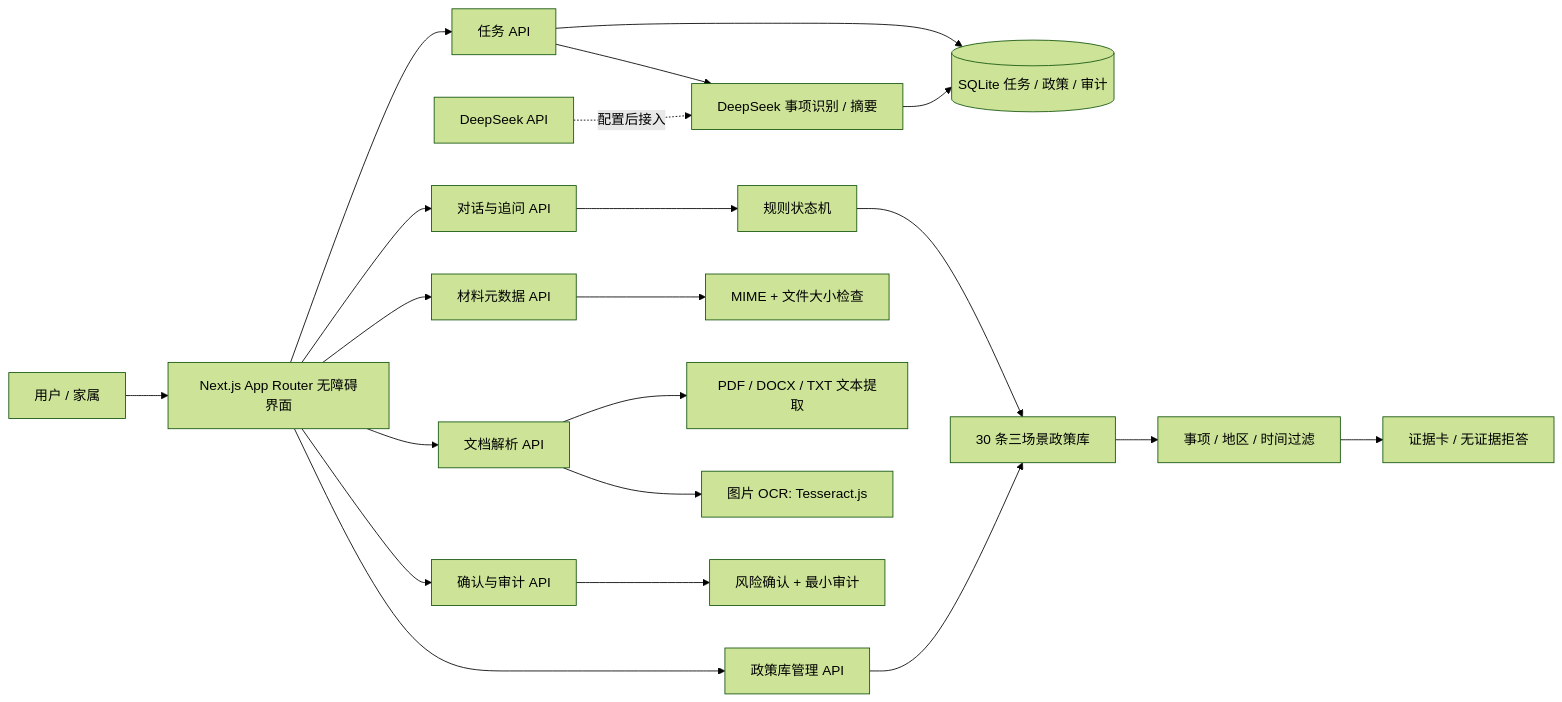
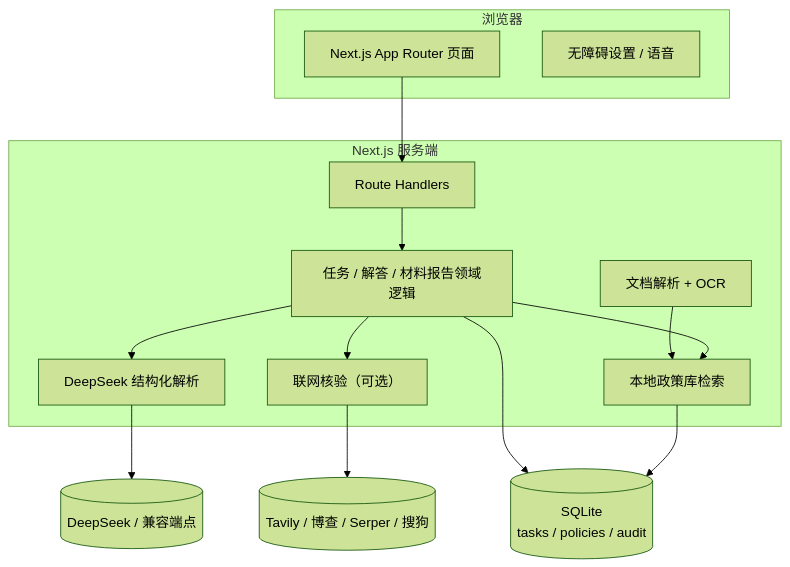
Before and after one commit to Git-985/Smart-AI: the diagram in README.md, drawn with Mermaid (forest theme). The commit also changed other lines of this file and 61 other files, not shown here.

````diff
--- a/README.md
+++ b/README.md
@@ -41,26 +148,28 @@
 ```mermaid
-flowchart LR
-  U[用户 / 家属] --> UI[Next.js App Router 无障碍界面]
-  UI --> T[任务 API]
-  UI --> C[对话与追问 API]
-  UI --> D[材料元数据 API]
-  UI --> P[文档解析 API]
-  UI --> A[确认与审计 API]
-  UI --> K[政策库管理 API]
+flowchart TB
+  subgraph 浏览器
+    UI[Next.js App Router 页面]
+    A11Y[无障碍设置 / 语音]
+  end
 
-  T --> AI[DeepSeek 事项识别 / 摘要]
-  T --> S[(SQLite 任务 / 政策 / 审计)]
-  AI --> S
-  C --> W[规则状态机]
-  W --> R[30 条三场景政策库]
-  R --> F[事项 / 地区 / 时间过滤]
-  F --> E[证据卡 / 无证据拒答]
+  subgraph Next.js 服务端
+    API[Route Handlers]
+    DOMAIN[任务 / 解答 / 材料报告领域逻辑]
+    AI[DeepSeek 结构化解析]
+    RAG[本地政策库检索]
+    WEB[联网核验（可选）]
+    DOC[文档解析 + OCR]
+  end
 
-  D --> M[MIME + 文件大小检查]
-  P --> X[PDF / DOCX / TXT 文本提取]
-  P --> O[图片 OCR: Tesseract.js]
-  A --> H[风险确认 + 最小审计]
-  K --> R
+  DB[(SQLite<br/>tasks / policies / audit)]
+  LLM[(DeepSeek / 兼容端点)]
+  SEARCH[(Tavily / 博查 / Serper / 搜狗)]
 
-  LLM[DeepSeek API] -. 配置后接入 .-> AI
+  UI --> API
+  API --> DOMAIN
+  DOMAIN --> AI --> LLM
+  DOMAIN --> RAG --> DB
+  DOMAIN --> WEB --> SEARCH
+  DOC --> RAG
+  DOMAIN --> DB
 ```
````
